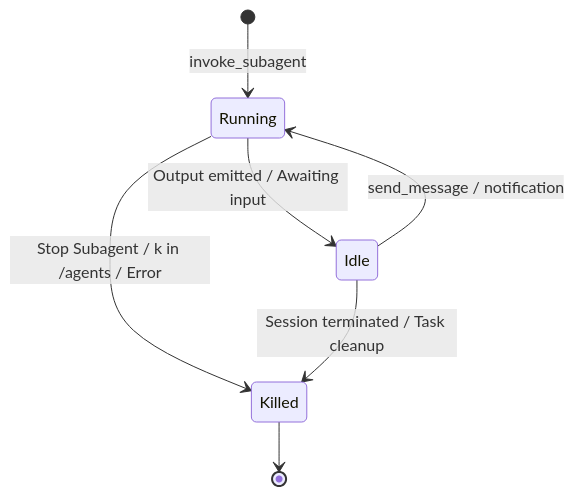
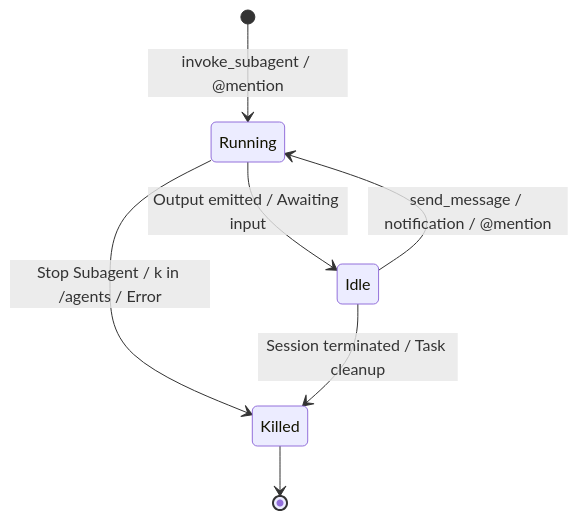
Before and after one commit to HengWeiBin/oh-my-antigravity: the second of 4 diagrams in skills/antigravity-subagents/SKILL.md, drawn with Mermaid. The commit also changed other lines of this file and 12 other files, not shown here.

````diff
--- a/skills/antigravity-subagents/SKILL.md
+++ b/skills/antigravity-subagents/SKILL.md
@@ -265,9 +372,9 @@
 ```mermaid
 stateDiagram-v2
-    [*] --> Running: invoke_subagent
+    [*] --> Running: invoke_subagent / @mention
     Running --> Idle: Output emitted / Awaiting input
-    Idle --> Running: send_message / notification
+    Idle --> Running: send_message / notification / @mention
     Running --> Killed: Stop Subagent / k in /agents / Error
     Idle --> Killed: Session terminated / Task cleanup
     Killed --> [*]
 ```
````
